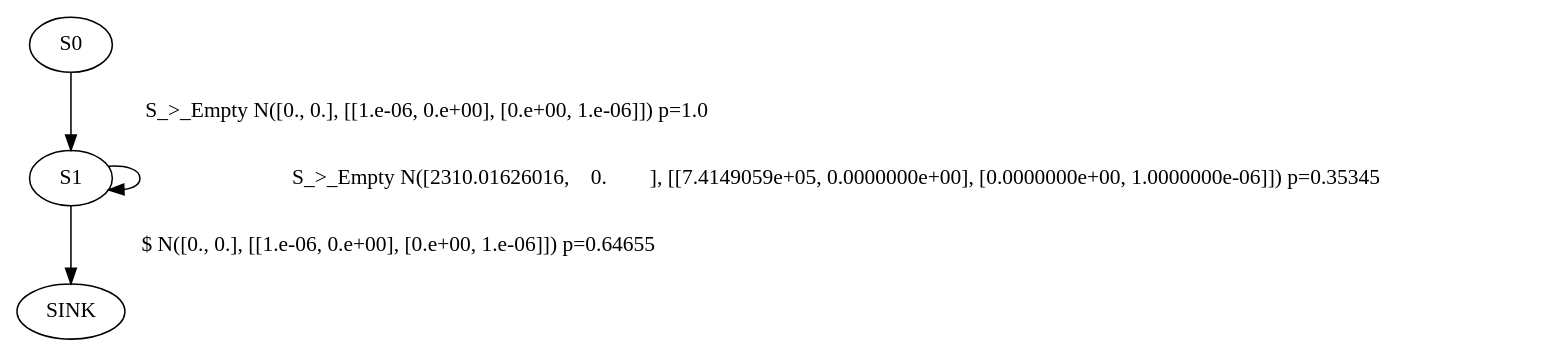
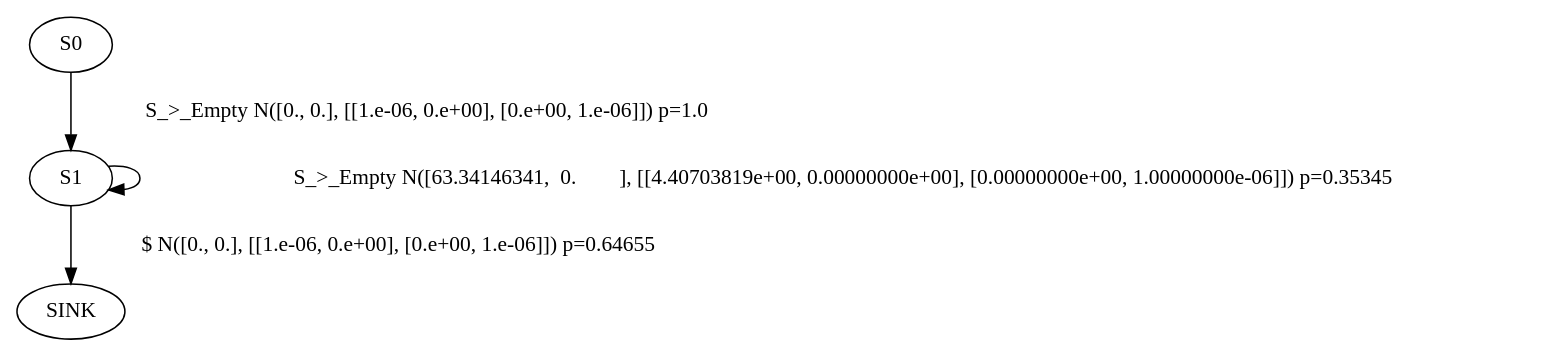
Before and after one commit to Fos-R/Fos-R: the diagram in crates/fosr-lib/default_models/cicids17/automata/http-S0.dot, drawn with Graphviz. The commit also changed 186 other files, not shown here.

```diff
--- a/crates/fosr-lib/default_models/cicids17/automata/http-S0.dot
+++ b/crates/fosr-lib/default_models/cicids17/automata/http-S0.dot
@@ -1,5 +1,5 @@
 digraph G {
 S0 -> S1 [label="S_>_Empty N([0., 0.], [[1.e-06, 0.e+00], [0.e+00, 1.e-06]]) p=1.0"]
-S1 -> S1 [label="S_>_Empty N([2310.01626016,    0.        ], [[7.4149059e+05, 0.0000000e+00], [0.0000000e+00, 1.0000000e-06]]) p=0.35345"]
+S1 -> S1 [label="S_>_Empty N([63.34146341,  0.        ], [[4.40703819e+00, 0.00000000e+00], [0.00000000e+00, 1.00000000e-06]]) p=0.35345"]
 S1 -> SINK [label="$ N([0., 0.], [[1.e-06, 0.e+00], [0.e+00, 1.e-06]]) p=0.64655"]
 }
```
